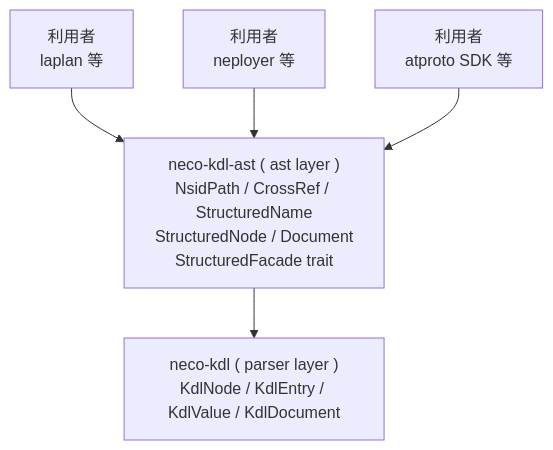
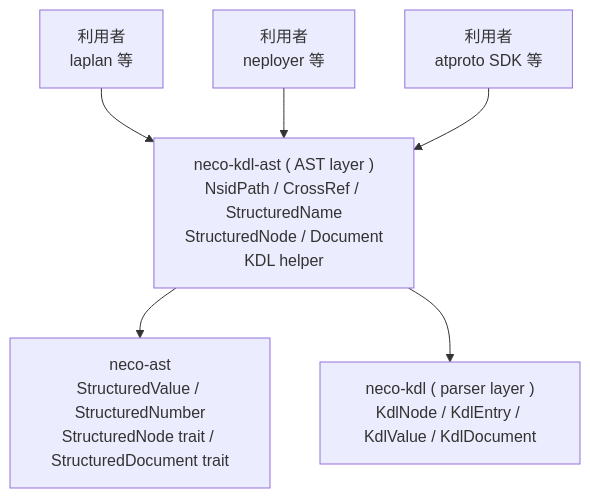
The diagram in neco-kdl-ast/docs/architecture/overview.md (barineco/neco-parser), drawn with Mermaid before and after one commit. The commit also changed other lines of this file and 71 other files, not shown here.

Commit message:
feat: 構造参照を neco-ast と形式別 crate に分離 ( kdl 再 export に serialize / KdlNumber を追加 )

````diff
--- a/neco-kdl-ast/docs/architecture/overview.md
+++ b/neco-kdl-ast/docs/architecture/overview.md
@@ -5,12 +5,14 @@
 ```mermaid
 graph TD
     C1[利用者<br/>laplan 等]
     C2[利用者<br/>neployer 等]
     C3[利用者<br/>atproto SDK 等]
-    AST["neco-kdl-ast ( ast layer )<br/>NsidPath / CrossRef / StructuredName<br/>StructuredNode / Document<br/>StructuredFacade trait"]
+    CORE["neco-ast<br/>StructuredValue / StructuredNumber<br/>StructuredNode trait / StructuredDocument trait"]
+    AST["neco-kdl-ast ( AST layer )<br/>NsidPath / CrossRef / StructuredName<br/>StructuredNode / Document<br/>KDL helper"]
     PAR["neco-kdl ( parser layer )<br/>KdlNode / KdlEntry / KdlValue / KdlDocument"]
     C1 --> AST
     C2 --> AST
     C3 --> AST
+    AST --> CORE
     AST --> PAR
 ```
````
